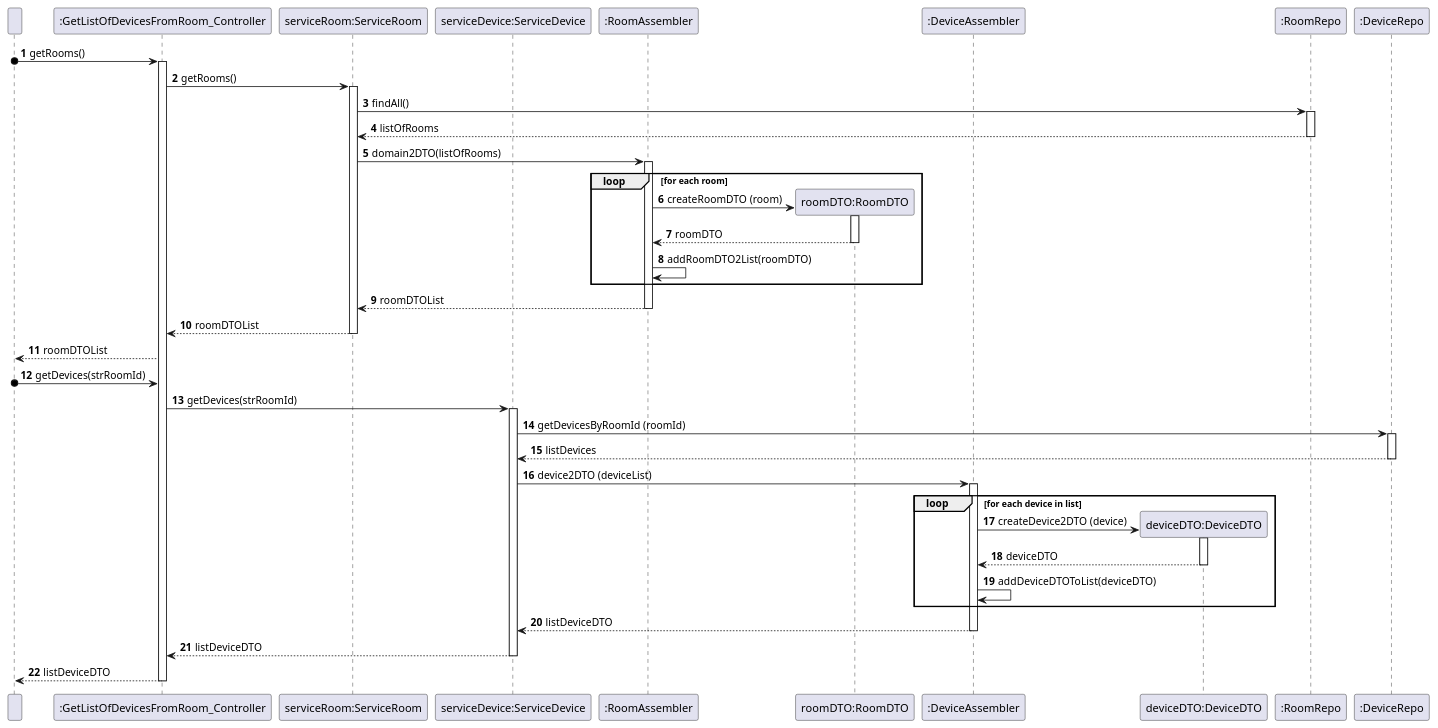
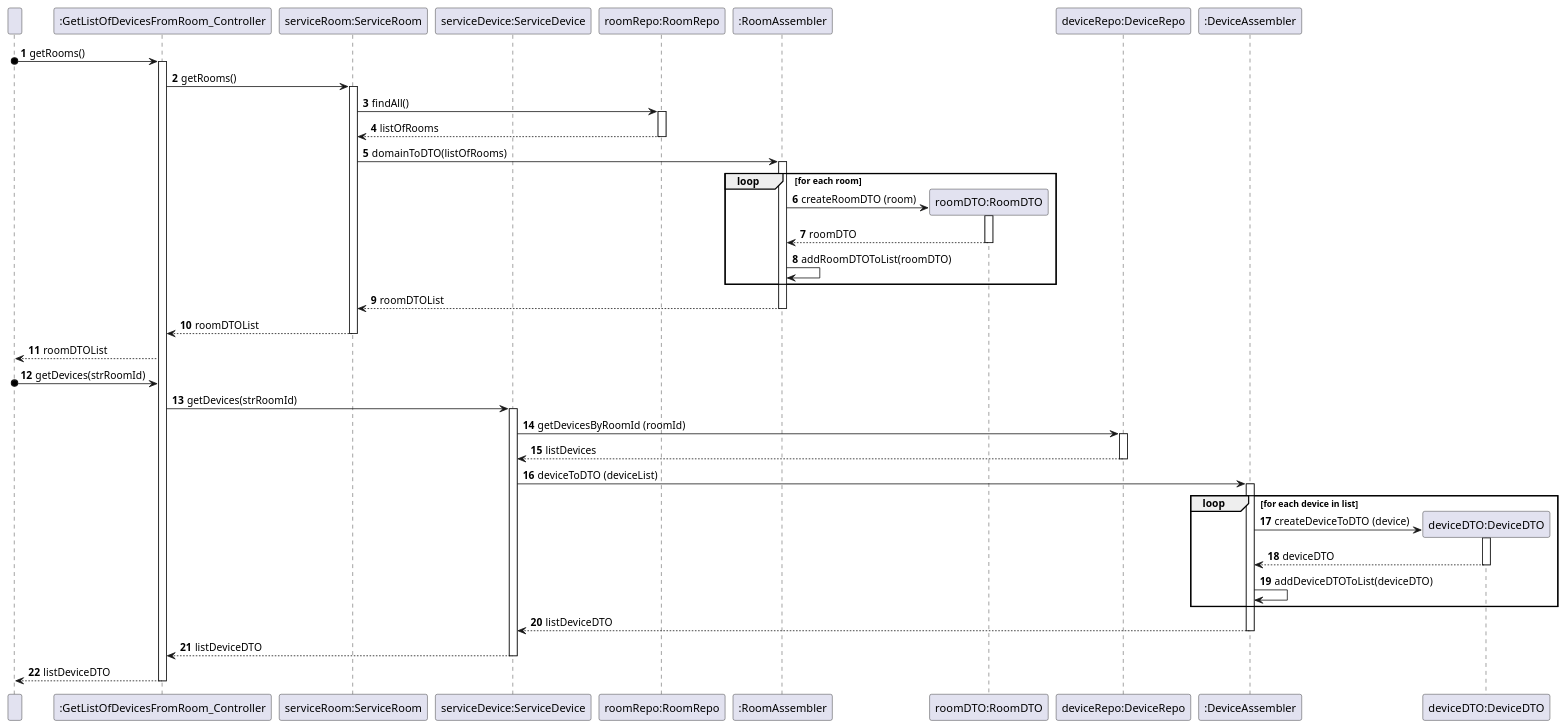
Before and after one commit to olivDiogo/SmartHome: the diagram in docs/ood/sequenceDiagram/US06GetDevicesFromRoom.puml, drawn with PlantUML.

Commit message:
Update sequence diagram for US06 #76

```diff
--- a/docs/ood/sequenceDiagram/US06GetDevicesFromRoom.puml
+++ b/docs/ood/sequenceDiagram/US06GetDevicesFromRoom.puml
@@ -1,113 +1,113 @@
 @startuml
 'https://plantuml.com/sequence-diagram
 participant " " as User
 participant ":GetListOfDevicesFromRoom_Controller" as GetListOfDevicesFromRoom_Controller
 
 participant "serviceRoom:ServiceRoom" as ServiceRoom
 participant "serviceDevice:ServiceDevice" as ServiceDevice
 
+participant "roomRepo:RoomRepo" as RoomRepo
 participant ":RoomAssembler" as RoomAssembler
 participant "roomDTO:RoomDTO" as RoomDTO
+
+participant "deviceRepo:DeviceRepo" as DeviceRepo
 participant ":DeviceAssembler" as DeviceAssembler
 participant "deviceDTO:DeviceDTO" as DeviceDTO
-
-participant ":RoomRepo" as RoomRepo
-participant ":DeviceRepo" as DeviceRepo
 
 autonumber
 
 User o-> GetListOfDevicesFromRoom_Controller: getRooms()
 
 activate GetListOfDevicesFromRoom_Controller
 
 GetListOfDevicesFromRoom_Controller -> ServiceRoom: getRooms()
 
 activate ServiceRoom
 
 ServiceRoom -> RoomRepo: findAll()
 
 activate RoomRepo
 
 RoomRepo --> ServiceRoom: listOfRooms
 
 deactivate RoomRepo
 
-ServiceRoom -> RoomAssembler : domain2DTO(listOfRooms)
+ServiceRoom -> RoomAssembler : domainToDTO(listOfRooms)
 
 activate RoomAssembler
 
 loop for each room
 
     create RoomDTO
 
     RoomAssembler -> RoomDTO: createRoomDTO (room)
 
      activate RoomDTO
 
      RoomDTO --> RoomAssembler: roomDTO
 
       deactivate RoomDTO
 
-     RoomAssembler -> RoomAssembler: addRoomDTO2List(roomDTO)
+     RoomAssembler -> RoomAssembler: addRoomDTOToList(roomDTO)
 
 end
 RoomAssembler --> ServiceRoom: roomDTOList
 
 deactivate RoomAssembler
 
 ServiceRoom --> GetListOfDevicesFromRoom_Controller: roomDTOList
 
 deactivate ServiceRoom
 
 GetListOfDevicesFromRoom_Controller --> User : roomDTOList
 
 User o-> GetListOfDevicesFromRoom_Controller: getDevices(strRoomId)
 
 GetListOfDevicesFromRoom_Controller -> ServiceDevice: getDevices(strRoomId)
 
 activate ServiceDevice
 
 ServiceDevice -> DeviceRepo: getDevicesByRoomId (roomId)
 
 activate DeviceRepo
 
 DeviceRepo --> ServiceDevice: listDevices
 
 deactivate DeviceRepo
 
-ServiceDevice  -> DeviceAssembler: device2DTO (deviceList)
+ServiceDevice  -> DeviceAssembler: deviceToDTO (deviceList)
 
 activate DeviceAssembler
 
 loop for each device in list
     create DeviceDTO
 
-    DeviceAssembler -> DeviceDTO: createDevice2DTO (device)
+    DeviceAssembler -> DeviceDTO: createDeviceToDTO (device)
 
     activate DeviceDTO
 
     DeviceDTO --> DeviceAssembler: deviceDTO
 
     deactivate DeviceDTO
 
     DeviceAssembler -> DeviceAssembler: addDeviceDTOToList(deviceDTO)
 
 end
 DeviceAssembler --> ServiceDevice: listDeviceDTO
 
 deactivate DeviceAssembler
 
 ServiceDevice --> GetListOfDevicesFromRoom_Controller: listDeviceDTO
 
 deactivate ServiceDevice
 
 GetListOfDevicesFromRoom_Controller --> User : listDeviceDTO
 
 deactivate GetListOfDevicesFromRoom_Controller
 
 
 
 
 
 
 @enduml
```
